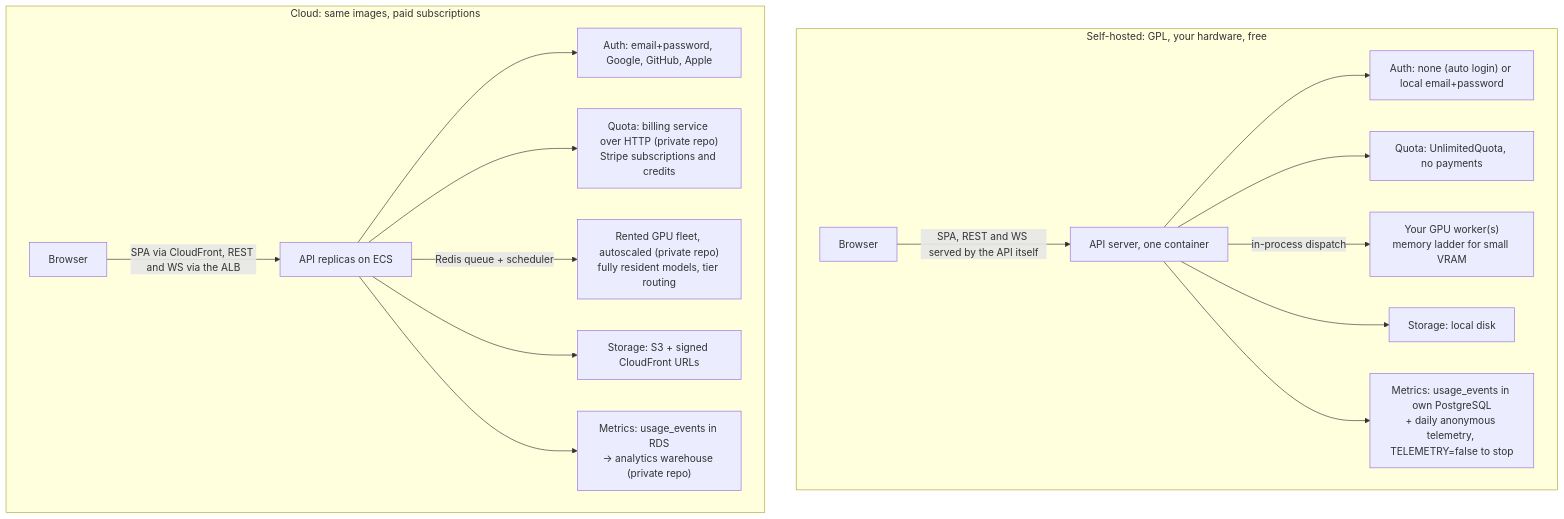
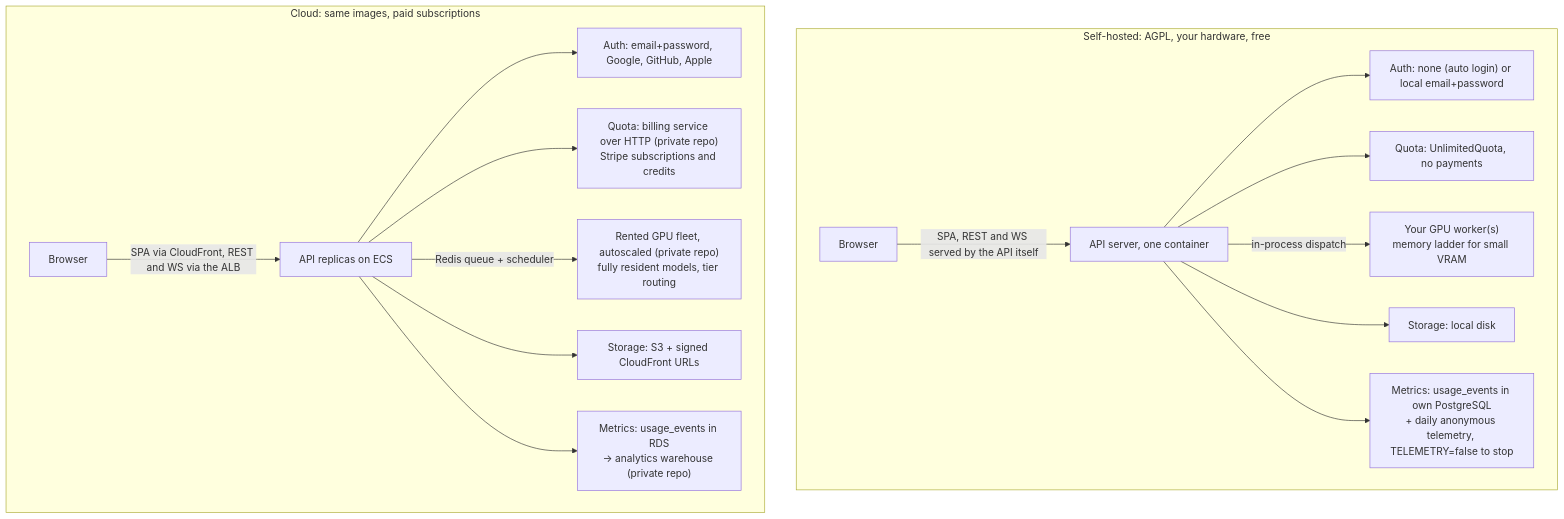
Before and after one commit to Portocolom-Studio/potocolom: the second of 2 diagrams in docs/deployment-profiles.md, drawn with Mermaid. The commit also changed other lines of this file and 10 other files, not shown here.

````diff
--- a/docs/deployment-profiles.md
+++ b/docs/deployment-profiles.md
@@ -68,19 +68,19 @@
 ```mermaid
 flowchart TB
-    subgraph SH["Self-hosted: GPL, your hardware, free"]
+    subgraph SH["Self-hosted: AGPL, your hardware, free"]
         B1["Browser"] -->|"SPA, REST and WS served by the API itself"| A1["API server, one container"]
         A1 --> AU1["Auth: none (auto login) or local email+password"]
         A1 --> Q1["Quota: UnlimitedQuota, no payments"]
         A1 -->|"in-process dispatch"| W1["Your GPU worker(s)<br>memory ladder for small VRAM"]
         A1 --> S1["Storage: local disk"]
         A1 --> M1["Metrics: usage_events in own PostgreSQL<br>+ daily anonymous telemetry, TELEMETRY=false to stop"]
     end
     subgraph CL["Cloud: same images, paid subscriptions"]
         B2["Browser"] -->|"SPA via CloudFront, REST and WS via the ALB"| A2["API replicas on ECS"]
         A2 --> AU2["Auth: email+password, Google, GitHub, Apple"]
         A2 --> Q2["Quota: billing service over HTTP (private repo)<br>Stripe subscriptions and credits"]
         A2 -->|"Redis queue + scheduler"| W2["Rented GPU fleet, autoscaled (private repo)<br>fully resident models, tier routing"]
         A2 --> S2["Storage: S3 + signed CloudFront URLs"]
         A2 --> M2["Metrics: usage_events in RDS<br>-> analytics warehouse (private repo)"]
     end
 ```
````
